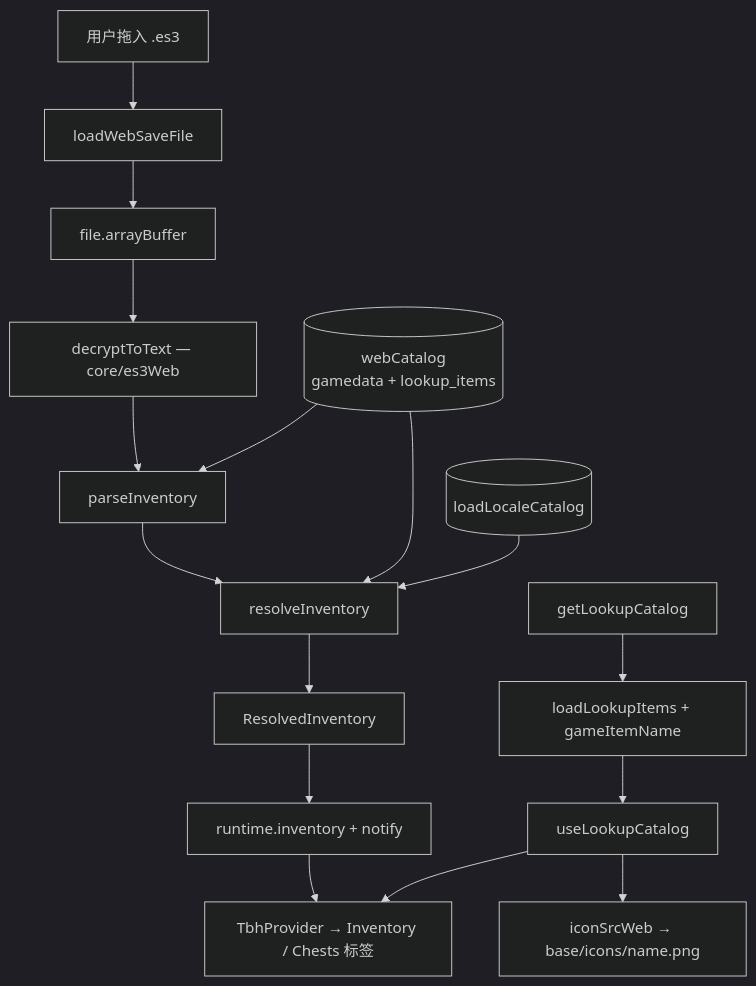
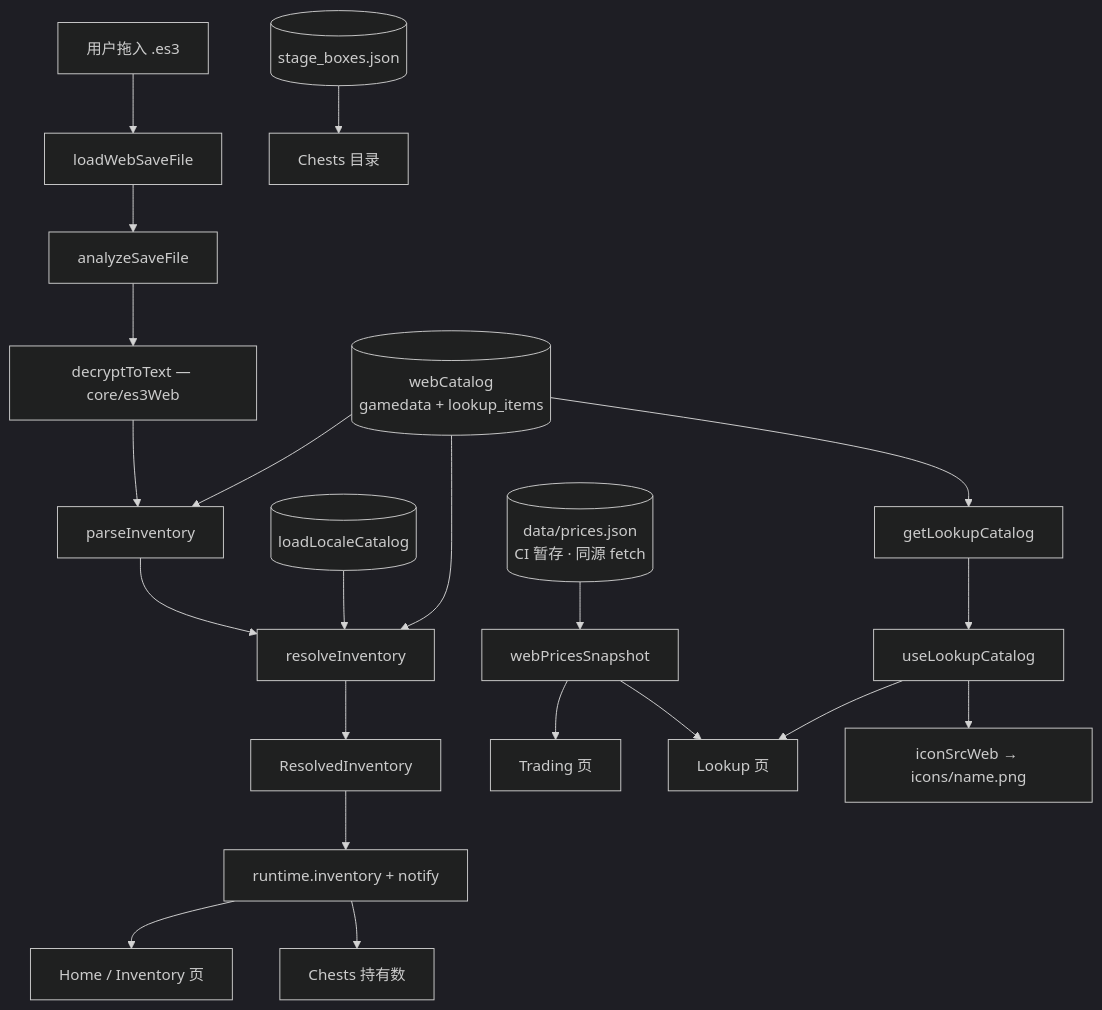
The diagram in docs/business-flows/13-web-inspector.md (zioon/tbh-companion), drawn with Mermaid (dark theme) before and after one commit. The commit also changed other lines of this file and 8 other files, not shown here.

First line of the commit message:
docs(web): sync flows + deploy guide for site-root app

````diff
--- a/docs/business-flows/13-web-inspector.md
+++ b/docs/business-flows/13-web-inspector.md
@@ -25,19 +41,24 @@
 ```mermaid
 flowchart TD
   Drop[用户拖入 .es3] --> Load[loadWebSaveFile]
-  Load --> Buf[file.arrayBuffer]
-  Buf --> Dec[decryptToText — core/es3Web]
+  Load --> Analyze[analyzeSaveFile]
+  Analyze --> Dec[decryptToText — core/es3Web]
   Dec --> Parse[parseInventory]
   Parse --> Resolve[resolveInventory]
   Cat[(webCatalog<br/>gamedata + lookup_items)] --> Parse
   Cat --> Resolve
   Loc[(loadLocaleCatalog)] --> Resolve
   Resolve --> Inv[ResolvedInventory]
   Inv --> Push[runtime.inventory + notify]
-  Push --> UI[TbhProvider → Inventory / Chests 标签]
+  Push --> Home[Home / Inventory 页]
+  Push --> ChestsHeld[Chests 持有数]
 
-  LookupAPI[getLookupCatalog] --> Loc2[loadLookupItems + gameItemName]
-  Loc2 --> Ctx[useLookupCatalog]
-  Ctx --> UI
-  Ctx --> Icons[iconSrcWeb → base/icons/name.png]
+  Cat --> LookupCat[getLookupCatalog]
+  LookupCat --> LookupCtx[useLookupCatalog]
+  LookupCtx --> Lookup[Lookup 页]
+  LookupCtx --> Icons[iconSrcWeb → icons/name.png]
+  Boxes[(stage_boxes.json)] --> ChestsCat[Chests 目录]
+  Prices[(data/prices.json<br/>CI 暂存 · 同源 fetch)] --> Snapshot[webPricesSnapshot]
+  Snapshot --> Trading[Trading 页]
+  Snapshot --> Lookup
 ```
````
